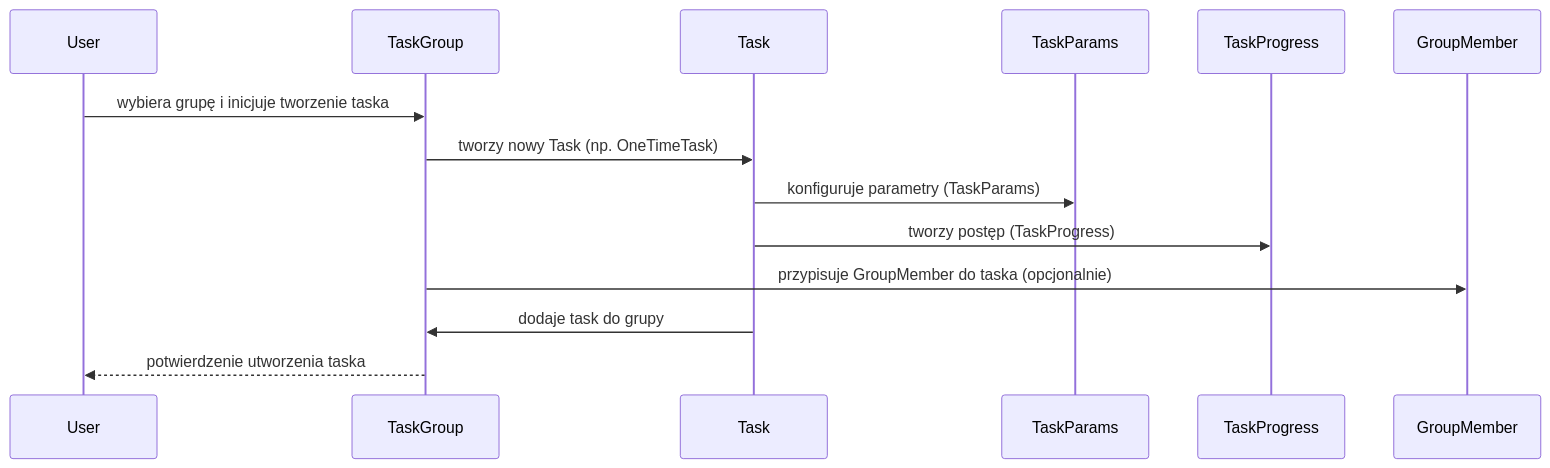
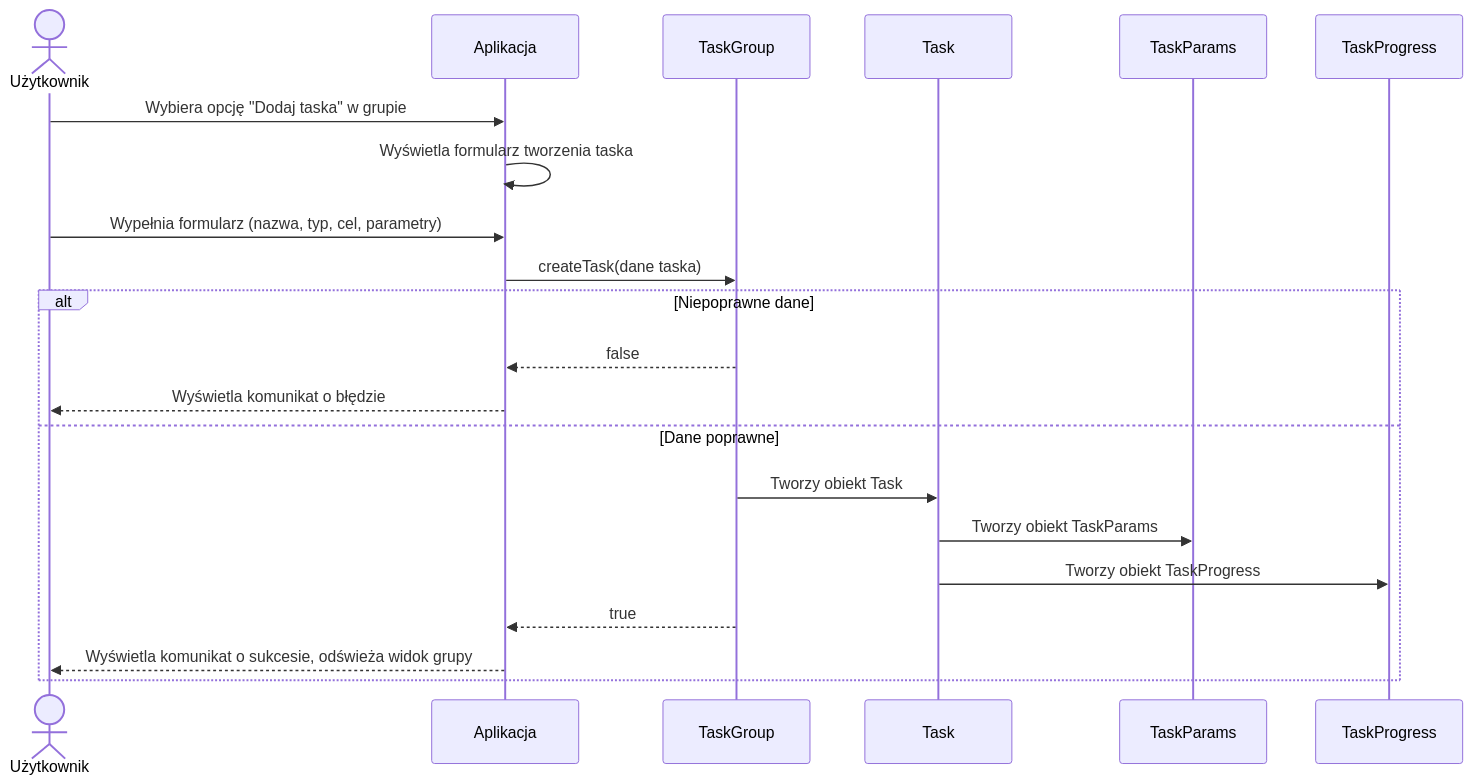
The diagram in docs/zadanie4/diagram-sekwencji-tworzenia-taska.md (Tarnuchy/EggJob), drawn with Mermaid before and after one commit. The commit also changed other lines of this file, not shown here.

Commit message:
update seq diag create T/TG

````diff
--- a/docs/zadanie4/diagram-sekwencji-tworzenia-taska.md
+++ b/docs/zadanie4/diagram-sekwencji-tworzenia-taska.md
@@ -1,17 +4,24 @@
 ```mermaid
 sequenceDiagram
-	participant U as User
+	actor U as Użytkownik
+	participant UI as Aplikacja
 	participant TG as TaskGroup
 	participant T as Task
 	participant TP as TaskParams
 	participant TPr as TaskProgress
-	participant GM as GroupMember
 
-	U->>TG: wybiera grupę i inicjuje tworzenie taska
-	TG->>T: tworzy nowy Task (np. OneTimeTask)
-	T->>TP: konfiguruje parametry (TaskParams)
-	T->>TPr: tworzy postęp (TaskProgress)
-	TG->>GM: przypisuje GroupMember do taska (opcjonalnie)
-	T->>TG: dodaje task do grupy
-	TG-->>U: potwierdzenie utworzenia taska
+	U->>UI: Wybiera opcję "Dodaj taska" w grupie
+	UI->>UI: Wyświetla formularz tworzenia taska
+	U->>UI: Wypełnia formularz (nazwa, typ, cel, parametry)
+	UI->>TG: createTask(dane taska)
+	alt Niepoprawne dane
+		TG-->>UI: false
+		UI-->>U: Wyświetla komunikat o błędzie
+	else Dane poprawne
+		TG->>T: Tworzy obiekt Task
+		T->>TP: Tworzy obiekt TaskParams
+		T->>TPr: Tworzy obiekt TaskProgress
+		TG-->>UI: true
+		UI-->>U: Wyświetla komunikat o sukcesie, odświeża widok grupy
+	end
 ```
````
